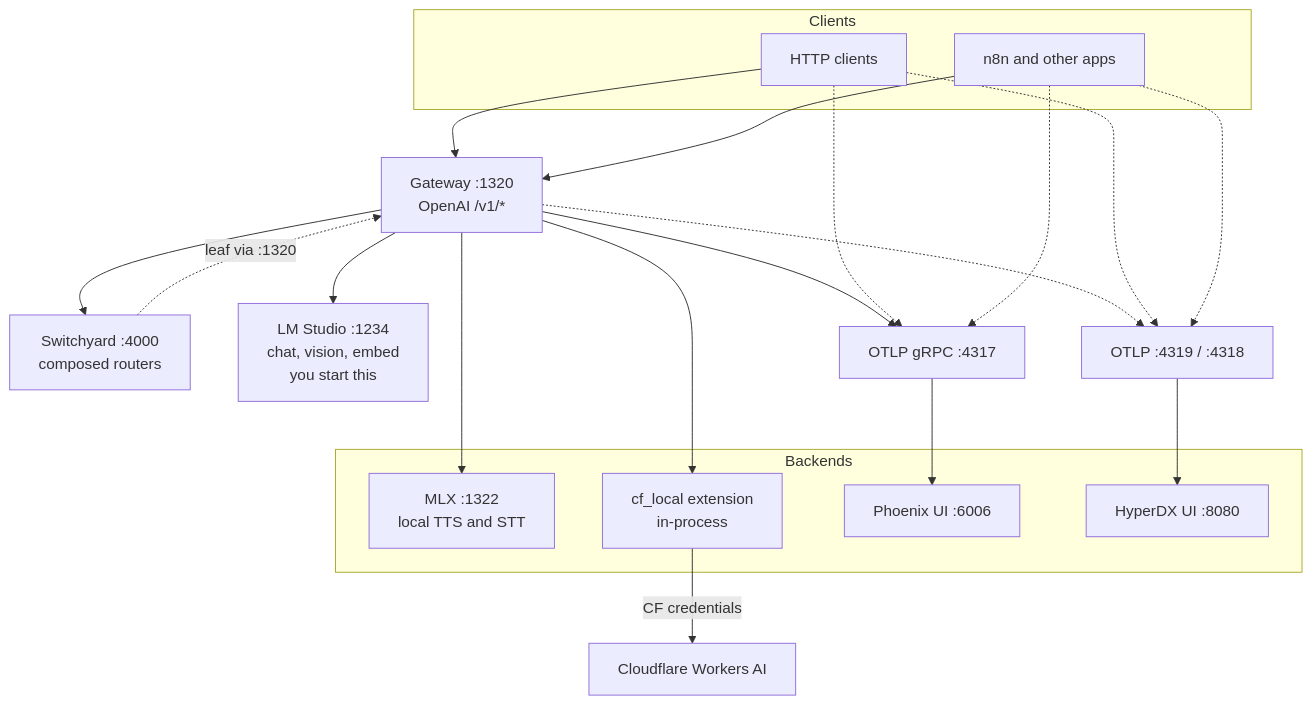
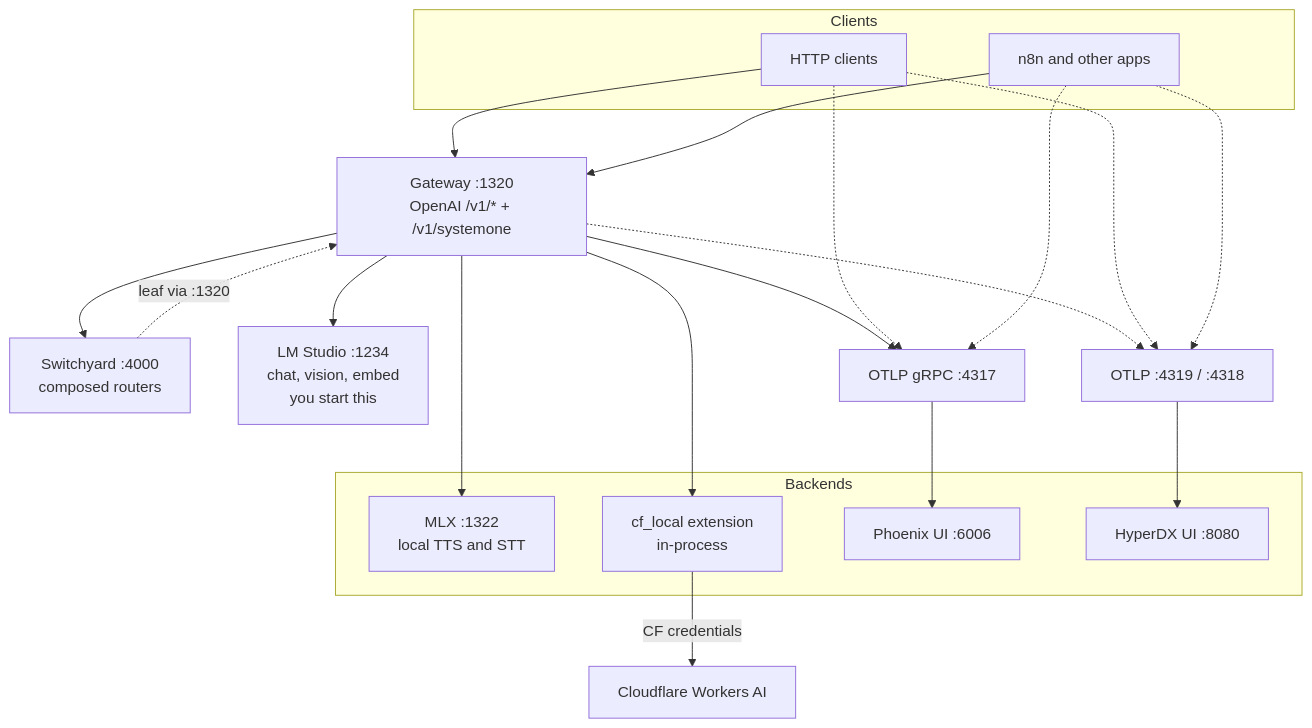
The diagram in README.md (behaviorengineering/polypus), drawn with Mermaid before and after one commit. The commit also changed other lines of this file and 28 other files, not shown here.

````diff
--- a/README.md
+++ b/README.md
@@ -15,39 +15,39 @@
 ```mermaid
 flowchart TB
   subgraph clients [Clients]
     C[HTTP clients]
     N[n8n and other apps]
   end
 
-  G["Gateway :1320<br/>OpenAI /v1/*"]
+  G["Gateway :1320<br/>OpenAI /v1/* + /v1/systemone"]
   SY["Switchyard :4000<br/>composed routers"]
 
   subgraph arms [Backends]
     M["MLX :1322<br/>local TTS and STT"]
     CFExt["cf_local extension<br/>in-process"]
     P["Phoenix UI :6006"]
     H["HyperDX UI :8080"]
   end
 
   LMS["LM Studio :1234<br/>chat, vision, embed<br/>you start this"]
   CF[Cloudflare Workers AI]
   OTLP["OTLP gRPC :4317"]
   OTLPApp["OTLP :4319 / :4318"]
 
   C --> G
   N --> G
   G --> M
   G --> CFExt
   G --> LMS
   G --> SY
   SY -.->|leaf via :1320| G
   G --> OTLP
   G -.-> OTLPApp
   CFExt -->|CF credentials| CF
   C -.-> OTLP
   N -.-> OTLP
   C -.-> OTLPApp
   N -.-> OTLPApp
   OTLP --> P
   OTLPApp --> H
 ```
````
